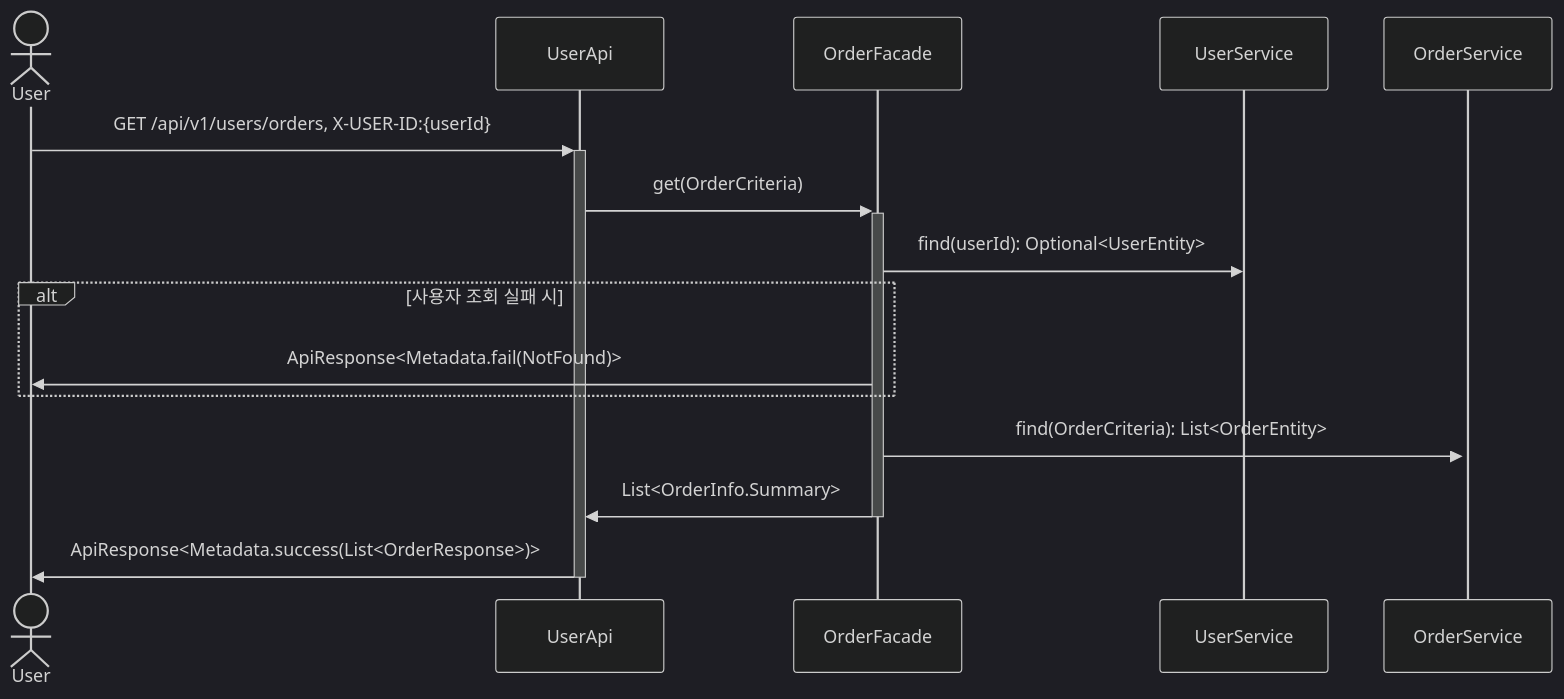
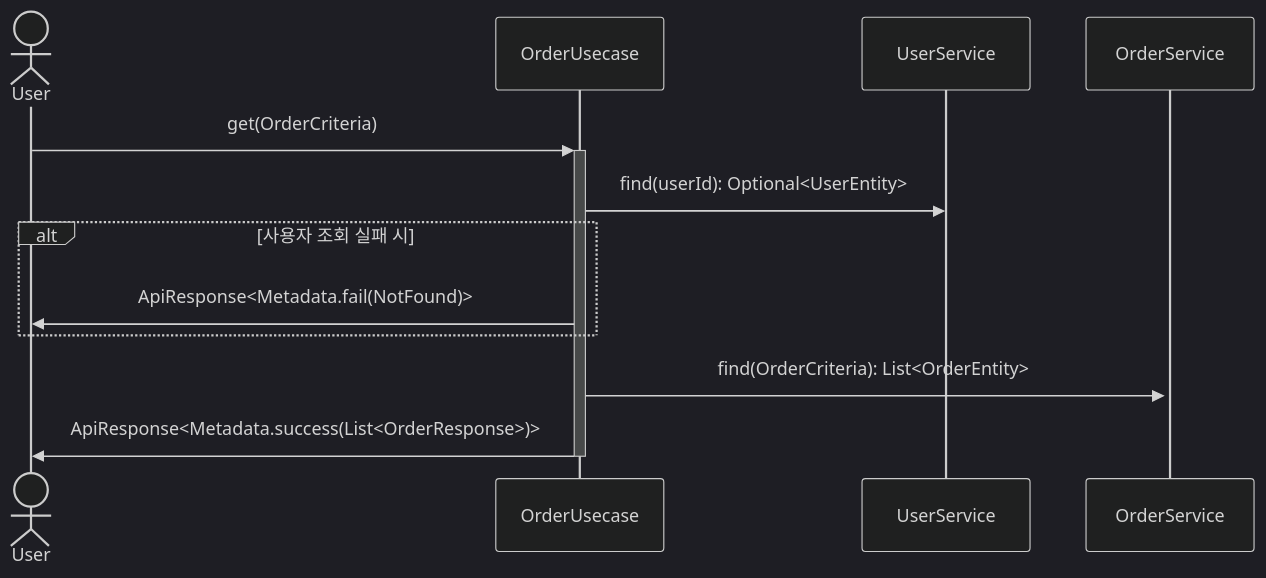
One commit to Iol-lshh/loopers_be_practice_byjava changed the ninth of 10 diagrams in docs/design/02-sequence-diagrams.md. Above: the diagram before and after it, drawn with Mermaid (dark theme). The commit also changed other lines of this file and 70 other files, not shown here.

````diff
--- a/docs/design/02-sequence-diagrams.md
+++ b/docs/design/02-sequence-diagrams.md
@@ -170,13 +170,11 @@
 ```mermaid
 sequenceDiagram
     actor User
-    User->>+UserApi: GET /api/v1/users/orders, X-USER-ID:{userId}
-    UserApi->>+OrderFacade: get(OrderCriteria)
-    OrderFacade->>UserService: find(userId): Optional<UserEntity>
+    User->>+OrderUsecase: get(OrderCriteria)
+    OrderUsecase->>UserService: find(userId): Optional<UserEntity>
     alt 사용자 조회 실패 시
-        OrderFacade->>User: ApiResponse<Metadata.fail(NotFound)>
+        OrderUsecase->>User: ApiResponse<Metadata.fail(NotFound)>
     end
-    OrderFacade->>+OrderService: find(OrderCriteria): List<OrderEntity>
-    OrderFacade->>-UserApi: List<OrderInfo.Summary>
-    UserApi->>-User: ApiResponse<Metadata.success(List<OrderResponse>)>
+    OrderUsecase->>+OrderService: find(OrderCriteria): List<OrderEntity>
+    OrderUsecase->>-User: ApiResponse<Metadata.success(List<OrderResponse>)>
 ```
````
